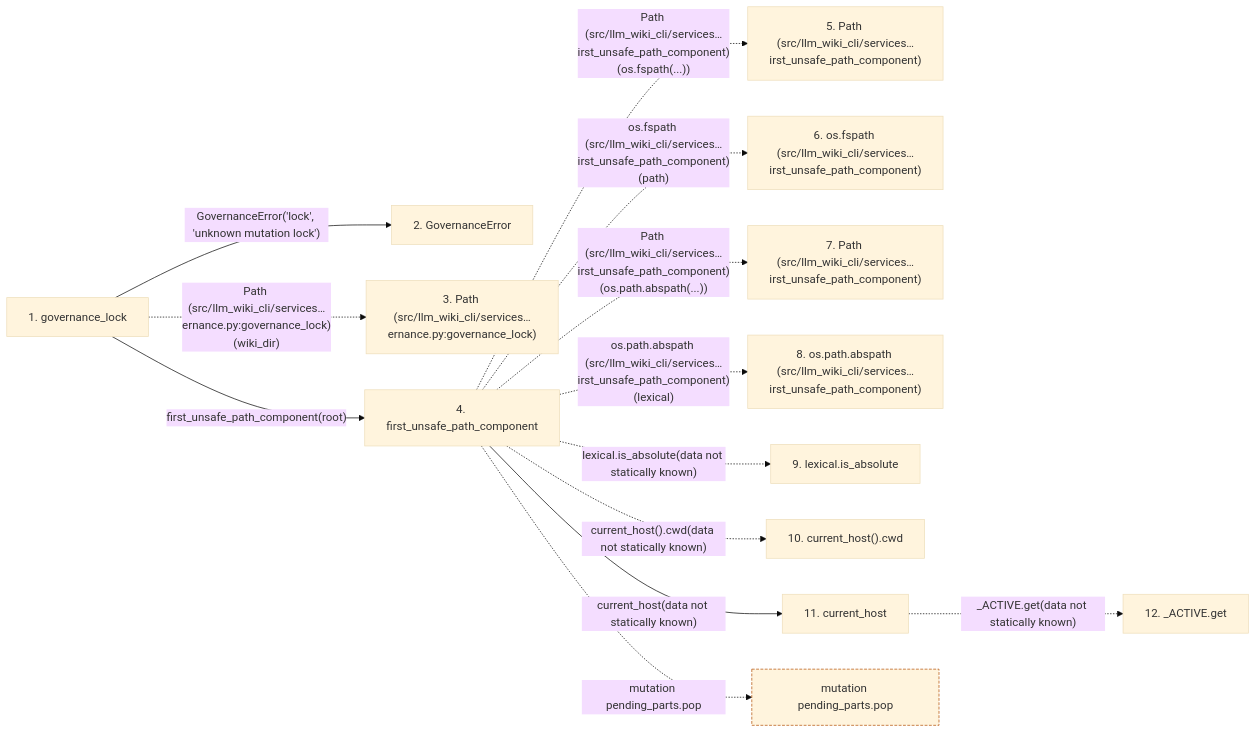
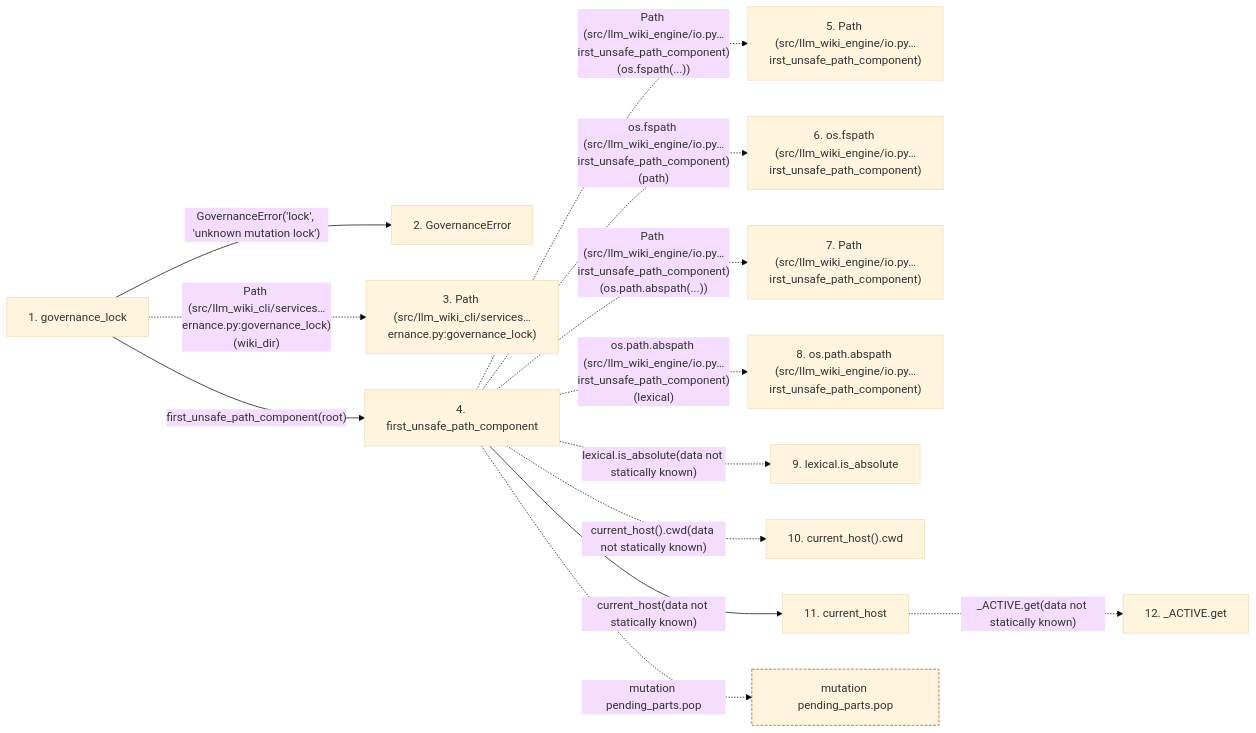
The second of 2 diagrams in docs/llm_wiki/flows/api-governance_lock.md (Denissvgn/python-wiki-llm), drawn with Mermaid (base theme) before and after one commit. The commit also changed other lines of this file and 739 other files, not shown here.

First line of the commit message:
docs: refresh the wiki for the second engine batch

````diff
--- a/docs/llm_wiki/flows/api-governance_lock.md
+++ b/docs/llm_wiki/flows/api-governance_lock.md
@@ -120,34 +120,34 @@
 ```mermaid
 flowchart LR
     s1["1. governance_lock"]
     s2["2. GovernanceError"]
     s3["3. Path (src/llm_wiki_cli/services…ernance.py:governance_lock)"]
     s4["4. first_unsafe_path_component"]
-    s5["5. Path (src/llm_wiki_cli/services…irst_unsafe_path_component)"]
-    s6["6. os.fspath (src/llm_wiki_cli/services…irst_unsafe_path_component)"]
-    s7["7. Path (src/llm_wiki_cli/services…irst_unsafe_path_component)"]
-    s8["8. os.path.abspath (src/llm_wiki_cli/services…irst_unsafe_path_component)"]
+    s5["5. Path (src/llm_wiki_engine/io.py…irst_unsafe_path_component)"]
+    s6["6. os.fspath (src/llm_wiki_engine/io.py…irst_unsafe_path_component)"]
+    s7["7. Path (src/llm_wiki_engine/io.py…irst_unsafe_path_component)"]
+    s8["8. os.path.abspath (src/llm_wiki_engine/io.py…irst_unsafe_path_component)"]
     s9["9. lexical.is_absolute"]
     s10["10. current_host().cwd"]
     s11["11. current_host"]
     s12["12. _ACTIVE.get"]
     s1 -->|"GovernanceError('lock', 'unknown mutation lock')"| s2
     s1 -. "Path (src/llm_wiki_cli/services…ernance.py:governance_lock)(wiki_dir)" .-> s3
     s1 -->|"first_unsafe_path_component(root)"| s4
-    s4 -. "Path (src/llm_wiki_cli/services…irst_unsafe_path_component)(os.fspath(...))" .-> s5
-    s4 -. "os.fspath (src/llm_wiki_cli/services…irst_unsafe_path_component)(path)" .-> s6
-    s4 -. "Path (src/llm_wiki_cli/services…irst_unsafe_path_component)(os.path.abspath(...))" .-> s7
-    s4 -. "os.path.abspath (src/llm_wiki_cli/services…irst_unsafe_path_component)(lexical)" .-> s8
+    s4 -. "Path (src/llm_wiki_engine/io.py…irst_unsafe_path_component)(os.fspath(...))" .-> s5
+    s4 -. "os.fspath (src/llm_wiki_engine/io.py…irst_unsafe_path_component)(path)" .-> s6
+    s4 -. "Path (src/llm_wiki_engine/io.py…irst_unsafe_path_component)(os.path.abspath(...))" .-> s7
+    s4 -. "os.path.abspath (src/llm_wiki_engine/io.py…irst_unsafe_path_component)(lexical)" .-> s8
     s4 -. "lexical.is_absolute(data not statically known)" .-> s9
     s4 -. "current_host().cwd(data not statically known)" .-> s10
     s4 -->|"current_host(data not statically known)"| s11
     s11 -. "_ACTIVE.get(data not statically known)" .-> s12
     b0["mutation pending_parts.pop"]
     s4 -. "mutation pending_parts.pop" .-> b0
     click s1 "../modules/knowledge_governance.md"
     click s2 "../modules/knowledge_governance.md"
     click s4 "../modules/io.md"
     click s11 "../modules/host.md"
     classDef boundary stroke:#b45309,stroke-dasharray: 4 2
     class b0 boundary
 ```
````
